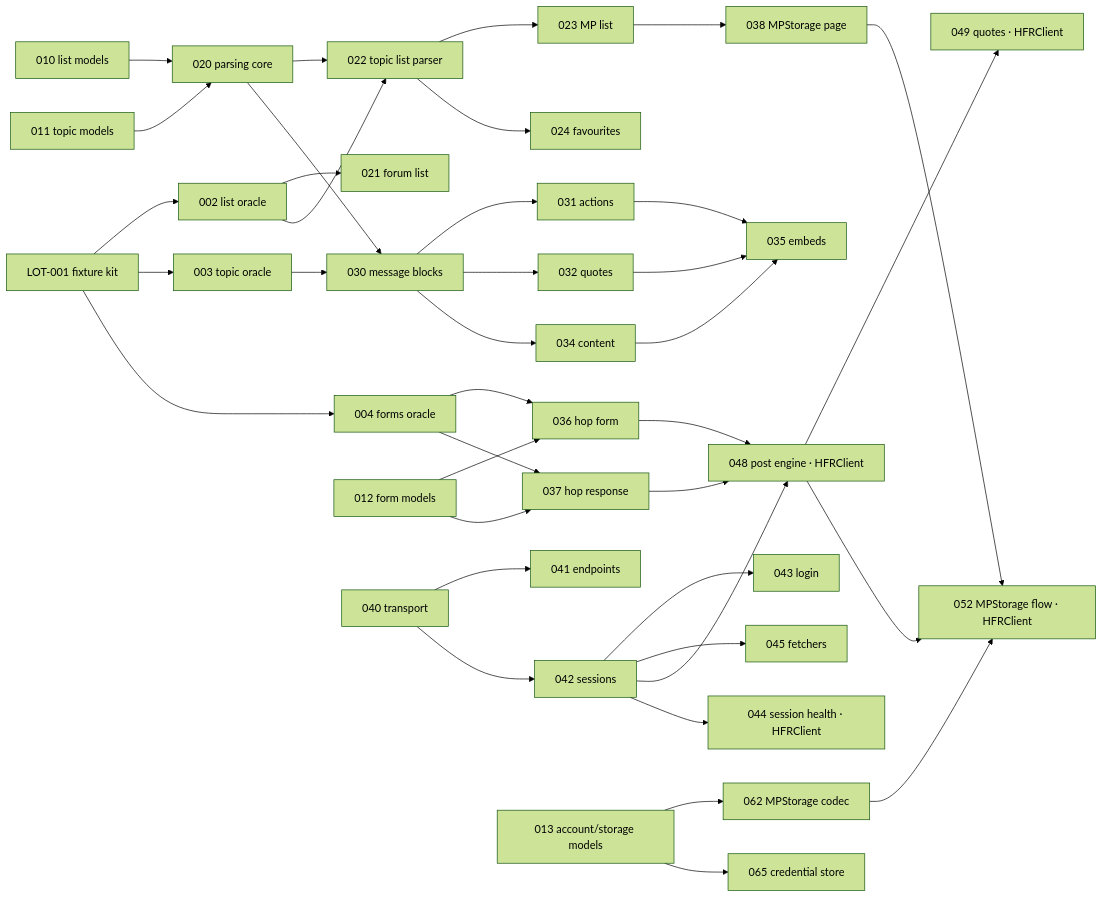
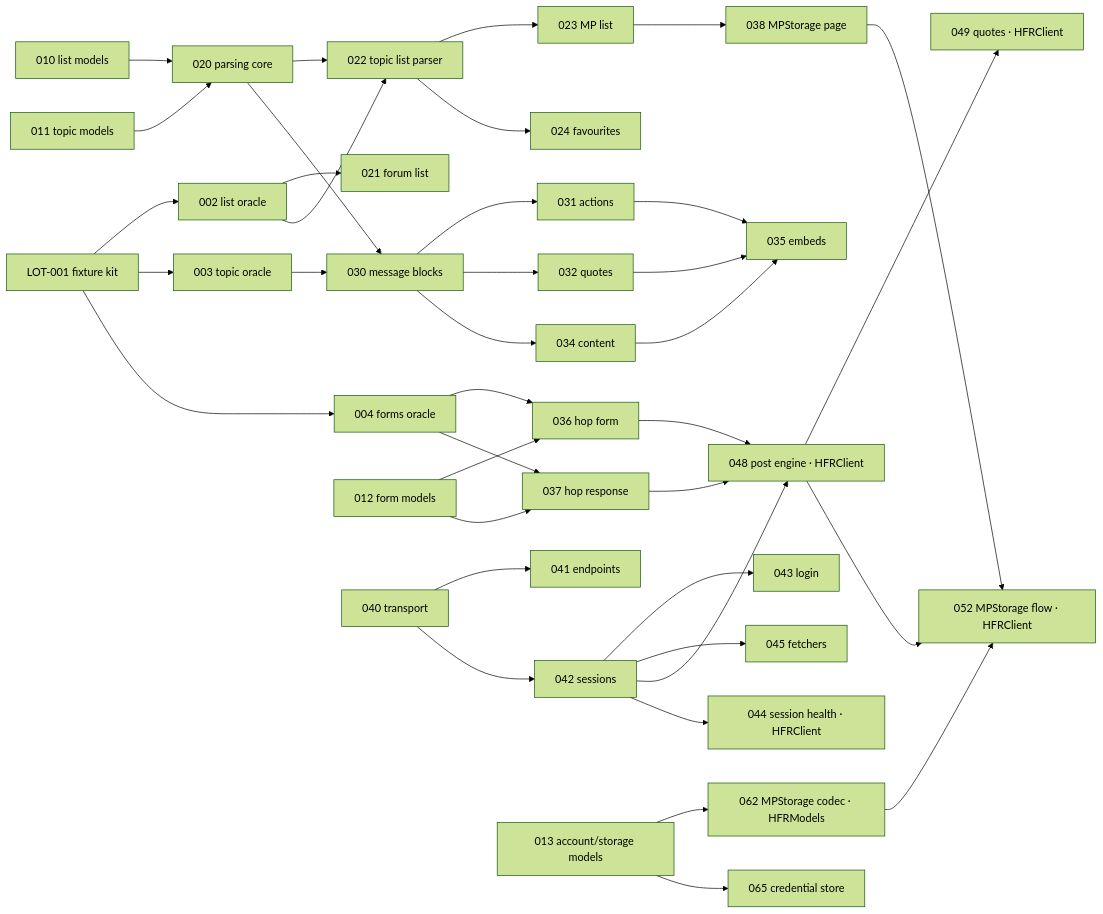
One commit to francoisgn/ios-app_SwiftHFR changed the diagram in docs/audit/README.md. Above: the diagram before and after it, drawn with Mermaid (forest theme). The commit also changed other lines of this file and 14 other files, not shown here.

````diff
--- a/docs/audit/README.md
+++ b/docs/audit/README.md
@@ -53,22 +53,22 @@
 ```mermaid
 flowchart LR
   F001[LOT-001 fixture kit] --> F002[002 list oracle] & F003[003 topic oracle] & F004[004 forms oracle]
   M010[010 list models] --> P020[020 parsing core]
   M011[011 topic models] --> P020
   P020 --> P022[022 topic list parser] --> P023[023 MP list] & P024[024 favourites]
   F002 --> P021[021 forum list] & P022
   F003 --> P030[030 message blocks] --> P031[031 actions] & P032[032 quotes] & P034[034 content] --> P035[035 embeds]
   P023[023 MP list] --> P038[038 MPStorage page]
   P020 --> P030
   M012[012 form models] --> P036[036 hop form] & P037[037 hop response]
   F004 --> P036 & P037
   N040[040 transport] --> N041[041 endpoints] & N042[042 sessions]
   N042 --> N043[043 login] & N045[045 fetchers]
   P036 --> C048[048 post engine · HFRClient]
   P037 --> C048
   N042 --> C048 --> C049[049 quotes · HFRClient] & C052[052 MPStorage flow · HFRClient]
   P038 --> C052
-  M013[013 account/storage models] --> S062[062 MPStorage codec] --> C052
+  M013[013 account/storage models] --> M062[062 MPStorage codec · HFRModels] --> C052
   M013 --> S065[065 credential store]
   N042 --> C044[044 session health · HFRClient]
 ```
````
